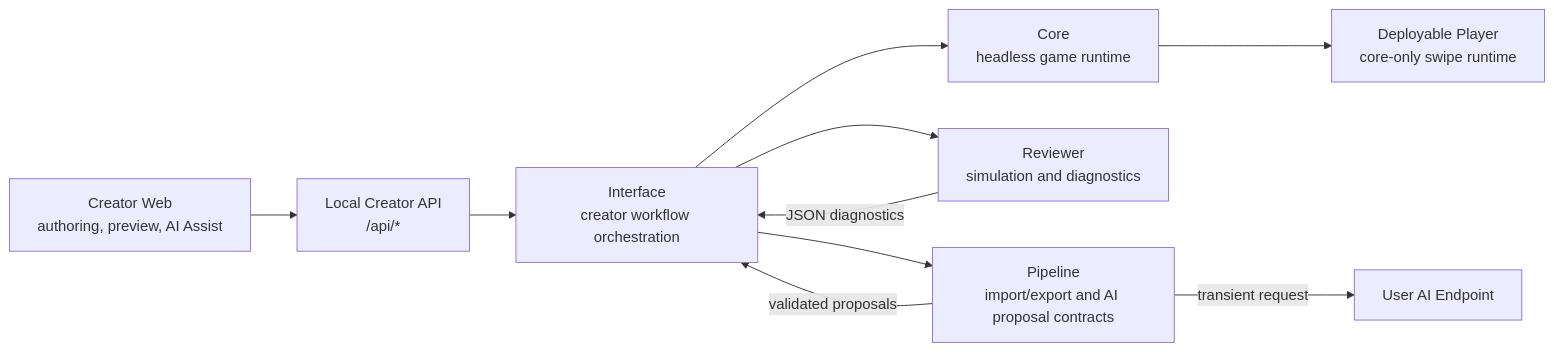
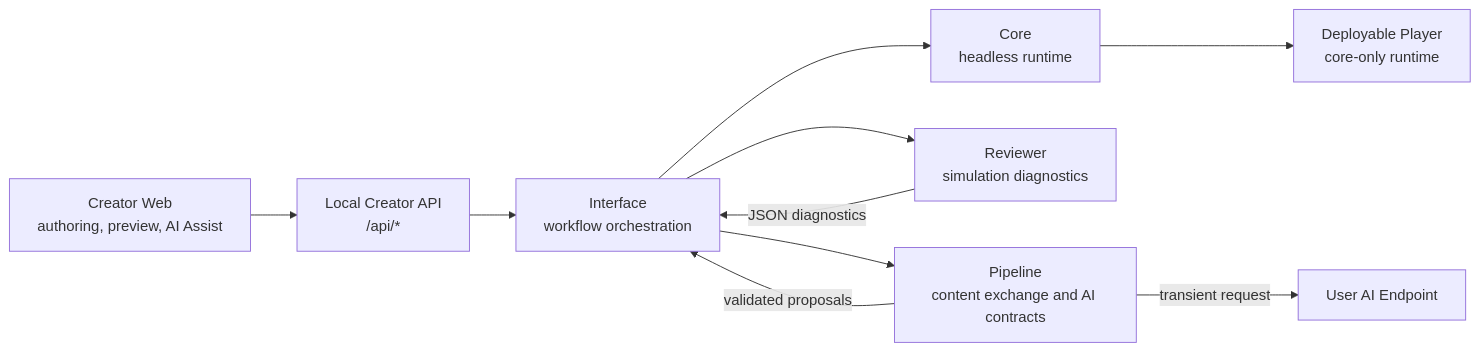
Before and after one commit to Sisyphe42/ReignsAgent: the first of 2 diagrams in README.md, drawn with Mermaid. The commit also changed other lines of this file, not shown here.

````diff
--- a/README.md
+++ b/README.md
@@ -81,21 +103,21 @@
 ```mermaid
 flowchart LR
   creator["Creator Web<br/>authoring, preview, AI Assist"]
   api["Local Creator API<br/>/api/*"]
-  interface["Interface<br/>creator workflow orchestration"]
-  pipeline["Pipeline<br/>import/export and AI proposal contracts"]
-  reviewer["Reviewer<br/>simulation and diagnostics"]
-  core["Core<br/>headless game runtime"]
-  player["Deployable Player<br/>core-only swipe runtime"]
+  interface["Interface<br/>workflow orchestration"]
+  pipeline["Pipeline<br/>content exchange and AI contracts"]
+  reviewer["Reviewer<br/>simulation diagnostics"]
+  core["Core<br/>headless runtime"]
+  player["Deployable Player<br/>core-only runtime"]
   provider["User AI Endpoint"]
 
   creator --> api
   api --> interface
   interface --> core
   interface --> reviewer
   interface --> pipeline
   pipeline -->|"transient request"| provider
   reviewer -->|"JSON diagnostics"| interface
   pipeline -->|"validated proposals"| interface
   core --> player
 ```
````
